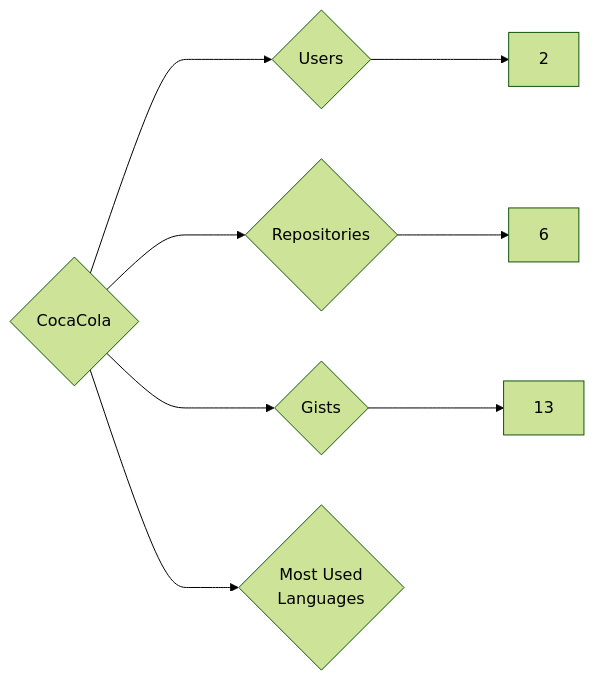
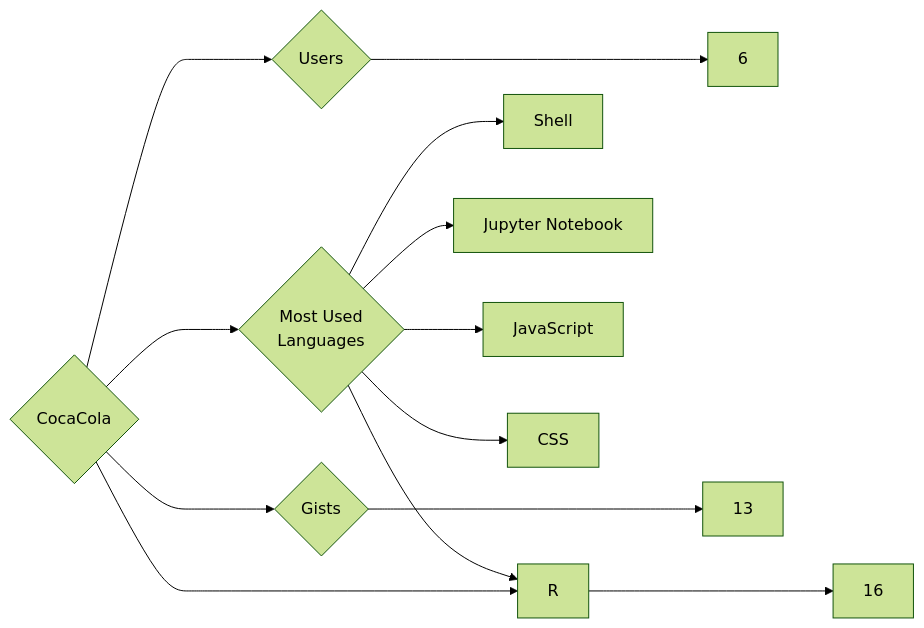
Before and after one commit to trickest/insiders: the diagram in targets/CocaCola/README.md, drawn with Mermaid (forest theme). The commit also changed 676 other files, not shown here.

````diff
--- a/targets/CocaCola/README.md
+++ b/targets/CocaCola/README.md
@@ -3,8 +3,13 @@
 ```mermaid
 graph LR
 COMPANY_NAME{CocaCola}
-COMPANY_NAME ---> U{Users} ---> UN[2]
-COMPANY_NAME ---> R{Repositories} ---> RN[6]
+COMPANY_NAME ---> U{Users} ---> UN[6]
+COMPANY_NAME ---> R{Repositories} ---> RN[16]
 COMPANY_NAME ---> G{Gists} ---> GN[13]
 COMPANY_NAME ---> ML{Most Used<br>Languages}
+ML --> Shell[Shell]
+ML --> R[R]
+ML --> Jupyter_Notebook[Jupyter Notebook]
+ML --> JavaScript[JavaScript]
+ML --> CSS[CSS]
 ```
````
